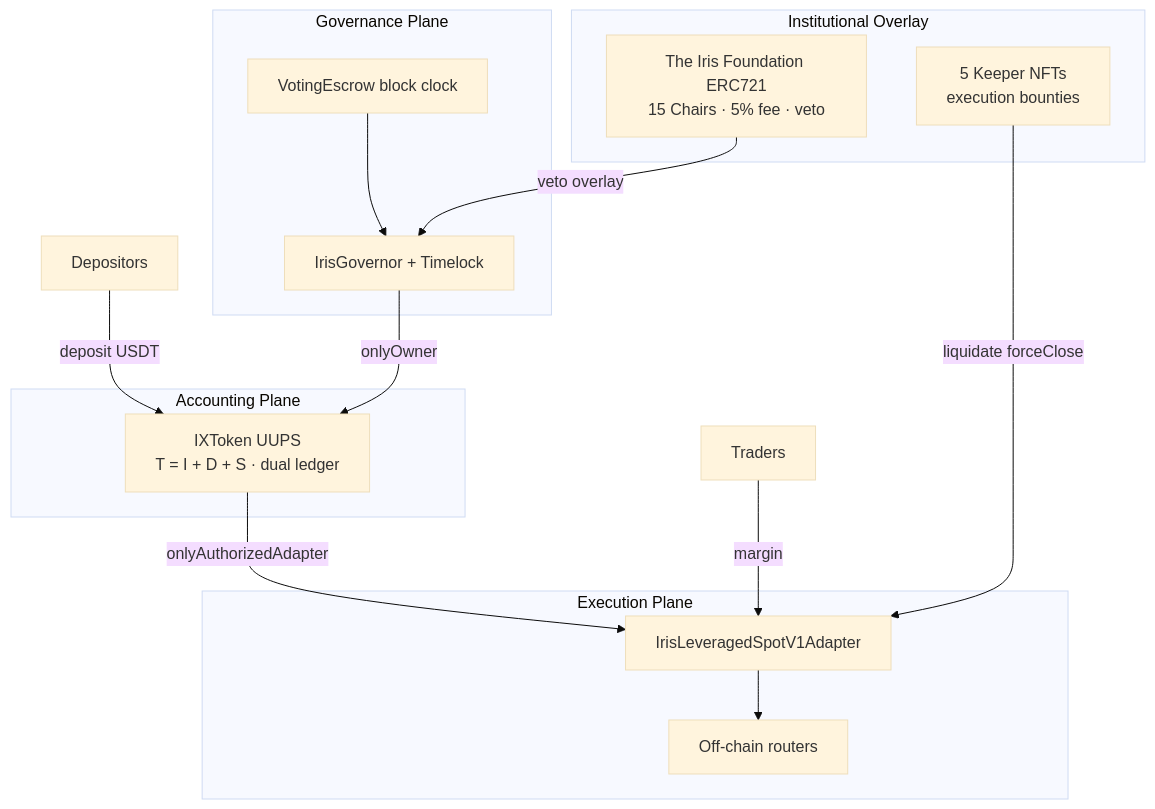
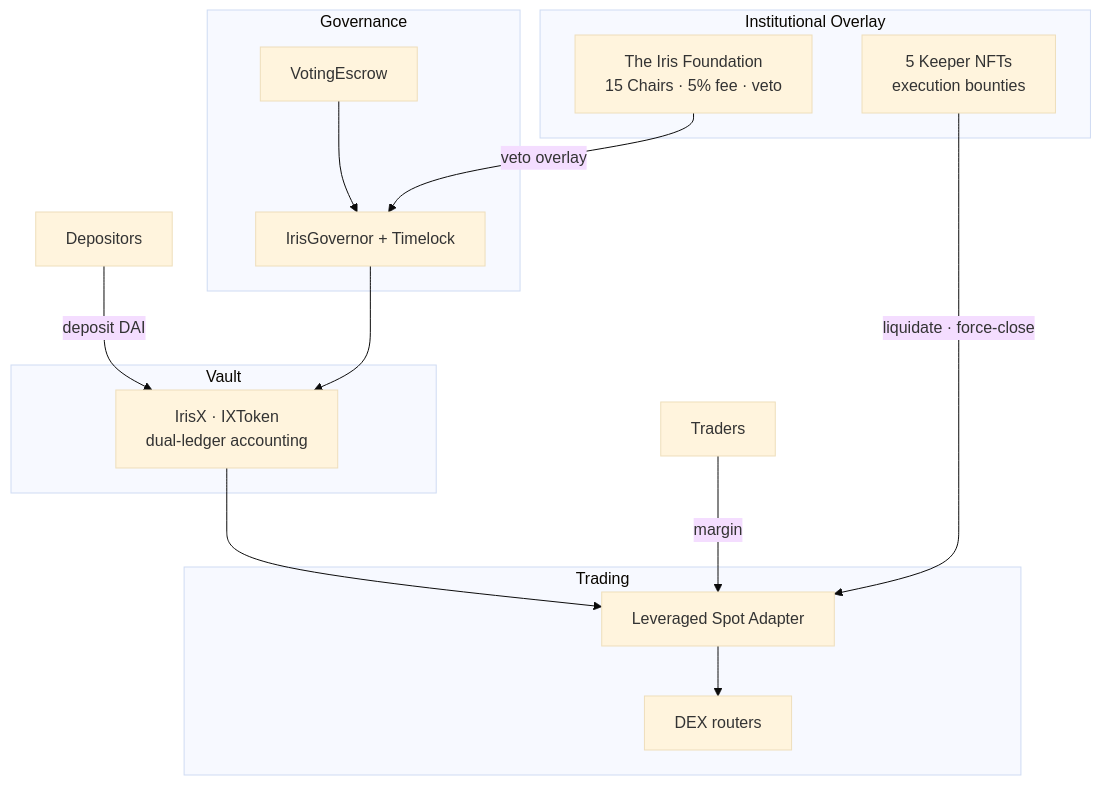
The diagram in gitbook/README.md (irislab-net/iris-docs), drawn with Mermaid (base theme) before and after one commit. The commit also changed other lines of this file and 26 other files, not shown here.

````diff
--- a/gitbook/README.md
+++ b/gitbook/README.md
@@ -34,27 +27,27 @@
 ```mermaid
 flowchart TB
   subgraph overlay [Institutional Overlay]
-    Foundation["The Iris Foundation ERC721<br/>15 Chairs · 5% fee · veto"]
+    Foundation["The Iris Foundation<br/>15 Chairs · 5% fee · veto"]
     Keepers["5 Keeper NFTs<br/>execution bounties"]
   end
-  subgraph governance [Governance Plane]
-    VE[VotingEscrow block clock]
+  subgraph governance [Governance]
+    VE[VotingEscrow]
     Gov[IrisGovernor + Timelock]
   end
-  subgraph accounting [Accounting Plane]
-    Vault["IXToken UUPS<br/>T = I + D + S · dual ledger"]
+  subgraph accounting [Vault]
+    Vault["IrisX · IXToken<br/>dual-ledger accounting"]
   end
-  subgraph execution [Execution Plane]
-    Adapter[IrisLeveragedSpotV1Adapter]
-    Executors[Off-chain routers]
+  subgraph execution [Trading]
+    Adapter[Leveraged Spot Adapter]
+    Executors[DEX routers]
   end
 
-  Depositors -->|deposit USDT| Vault
+  Depositors -->|deposit DAI| Vault
   VE --> Gov
   Foundation -->|veto overlay| Gov
-  Gov -->|onlyOwner| Vault
-  Vault -->|onlyAuthorizedAdapter| Adapter
+  Gov --> Vault
+  Vault --> Adapter
   Traders -->|margin| Adapter
   Adapter --> Executors
-  Keepers -->|liquidate forceClose| Adapter
+  Keepers -->|liquidate · force-close| Adapter
 ```
````
